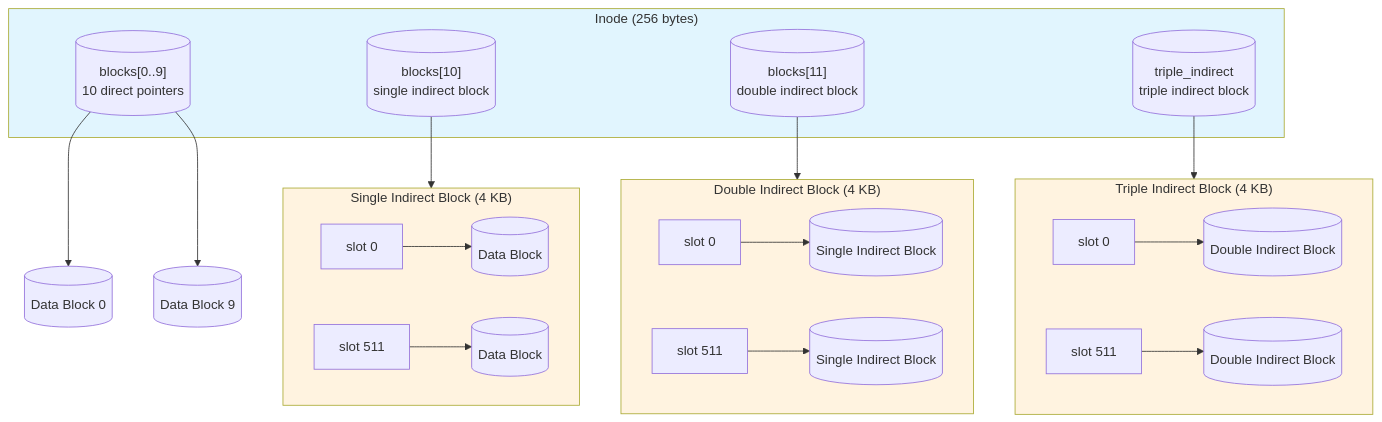
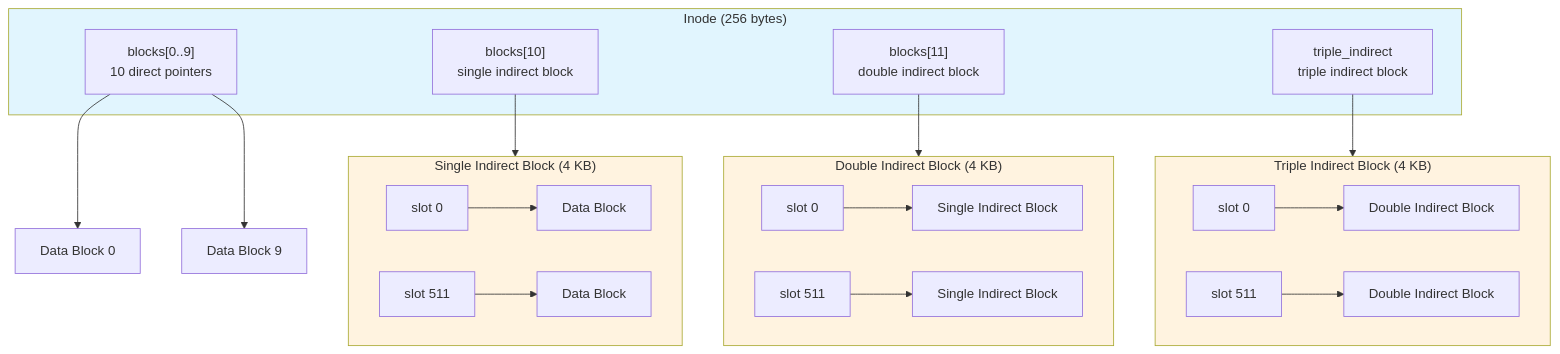
One commit to ych/oifs changed the first of 2 diagrams in openwiki/architecture/inode_and_directory.md. Above: the diagram before and after it, drawn with Mermaid. The commit also changed other lines of this file and 62 other files, not shown here.

````diff
--- a/openwiki/architecture/inode_and_directory.md
+++ b/openwiki/architecture/inode_and_directory.md
@@ -410,35 +132,35 @@
 ```mermaid
 flowchart TD
     subgraph Inode["Inode (256 bytes)"]
-        Direct[("blocks[0..9]\n10 direct pointers")]
-        Single[("blocks[10]\nsingle indirect block")]
-        Double[("blocks[11]\ndouble indirect block")]
-        Triple[("triple_indirect\ntriple indirect block")]
+        Direct["blocks[0..9]\n10 direct pointers"]
+        Single["blocks[10]\nsingle indirect block"]
+        Double["blocks[11]\ndouble indirect block"]
+        Triple["triple_indirect\ntriple indirect block"]
     end
 
     subgraph L1["Single Indirect Block (4 KB)"]
-        S1[slot 0] --> Data1[("Data Block")]
-        S511[slot 511] --> Data512[("Data Block")]
+        S1[slot 0] --> Data1["Data Block"]
+        S511[slot 511] --> Data512["Data Block"]
     end
 
     subgraph L2["Double Indirect Block (4 KB)"]
-        D1[slot 0] --> L1A[("Single Indirect Block")]
-        D511[slot 511] --> L1B[("Single Indirect Block")]
+        D1[slot 0] --> L1A["Single Indirect Block"]
+        D511[slot 511] --> L1B["Single Indirect Block"]
     end
 
     subgraph L3["Triple Indirect Block (4 KB)"]
-        T1[slot 0] --> L2A[("Double Indirect Block")]
-        T511[slot 511] --> L2B[("Double Indirect Block")]
+        T1[slot 0] --> L2A["Double Indirect Block"]
+        T511[slot 511] --> L2B["Double Indirect Block"]
     end
 
-    Direct --> Data0[("Data Block 0")]
-    Direct --> Data9[("Data Block 9")]
+    Direct --> Data0["Data Block 0"]
+    Direct --> Data9["Data Block 9"]
     Single --> L1
     Double --> L2
     Triple --> L3
 
     style Inode fill:#e1f5fe
     style L1 fill:#fff3e0
     style L2 fill:#fff3e0
     style L3 fill:#fff3e0
 ```
````
